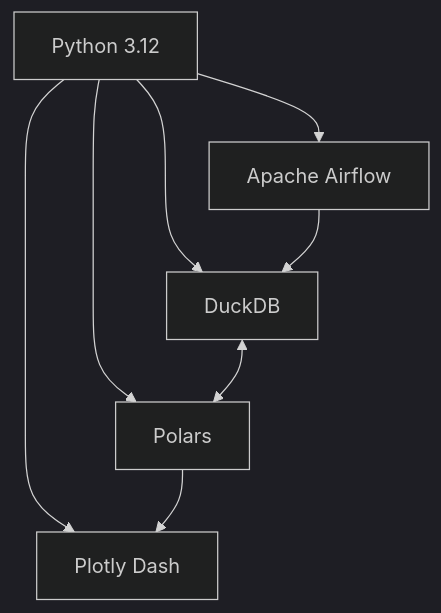
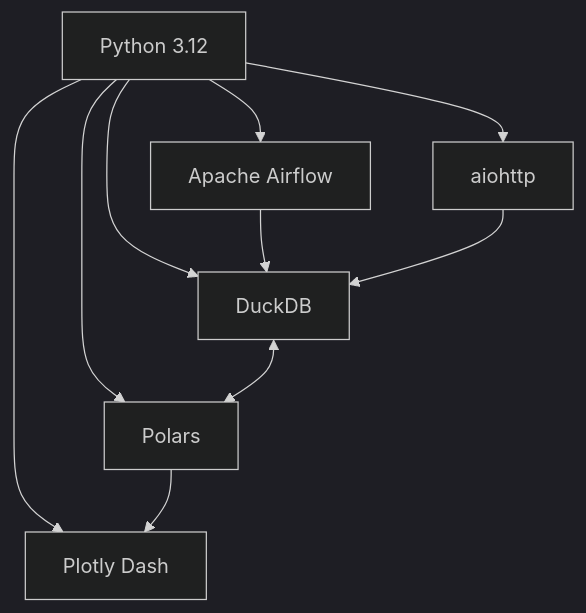
One commit to tim-mcdonnell/ncaa-basketball-analytics changed the diagram in docs/architecture/tech-stack.md. Above: the diagram before and after it, drawn with Mermaid (dark theme). The commit also changed other lines of this file and 4 other files, not shown here.

````diff
--- a/docs/architecture/tech-stack.md
+++ b/docs/architecture/tech-stack.md
@@ -7,10 +7,12 @@
 ```mermaid
 graph TD
     A[Python 3.12] --> B[DuckDB]
     A --> C[Polars]
     A --> D[Apache Airflow]
     A --> E[Plotly Dash]
+    A --> F[aiohttp]
     B <--> C
     C --> E
     D --> B
+    F --> B
 ```
````
